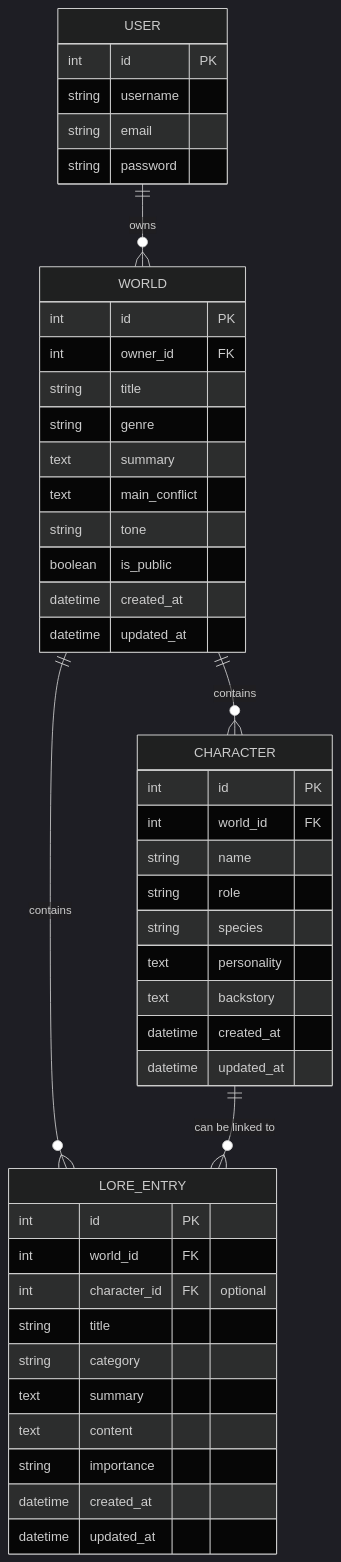
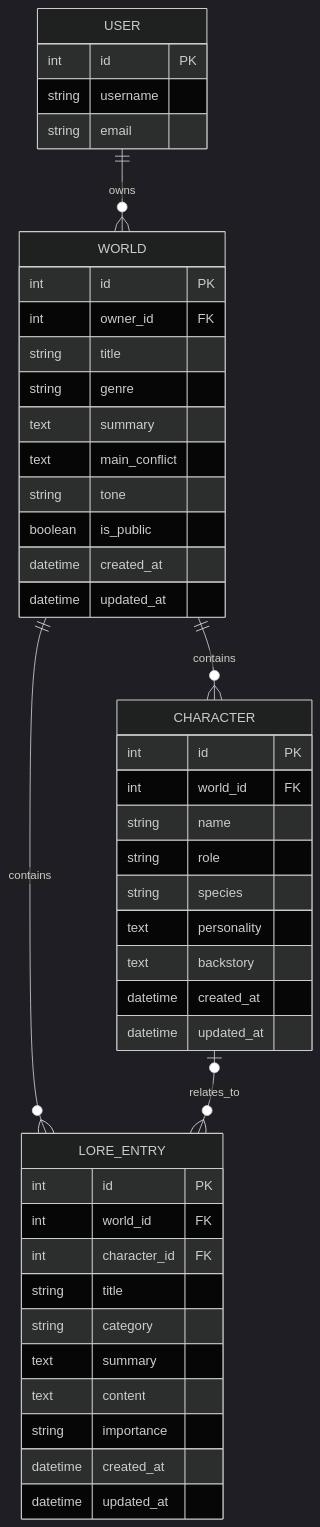
One commit to CtrlAltKismet/lorekeeper changed the diagram in README.md. Above: the diagram before and after it, drawn with Mermaid (dark theme). The commit also changed other lines of this file, not shown here.

````diff
--- a/README.md
+++ b/README.md
@@ -81,52 +424,51 @@
 ```mermaid
 erDiagram
     USER ||--o{ WORLD : owns
     WORLD ||--o{ CHARACTER : contains
     WORLD ||--o{ LORE_ENTRY : contains
-    CHARACTER ||--o{ LORE_ENTRY : "can be linked to"
+    CHARACTER |o--o{ LORE_ENTRY : relates_to
 
     USER {
         int id PK
         string username
         string email
-        string password
     }
 
     WORLD {
         int id PK
         int owner_id FK
         string title
         string genre
         text summary
         text main_conflict
         string tone
         boolean is_public
         datetime created_at
         datetime updated_at
     }
 
     CHARACTER {
         int id PK
         int world_id FK
         string name
         string role
         string species
         text personality
         text backstory
         datetime created_at
         datetime updated_at
     }
 
     LORE_ENTRY {
         int id PK
         int world_id FK
-        int character_id FK "optional"
+        int character_id FK
         string title
         string category
         text summary
         text content
         string importance
         datetime created_at
         datetime updated_at
     }
 ```
````
